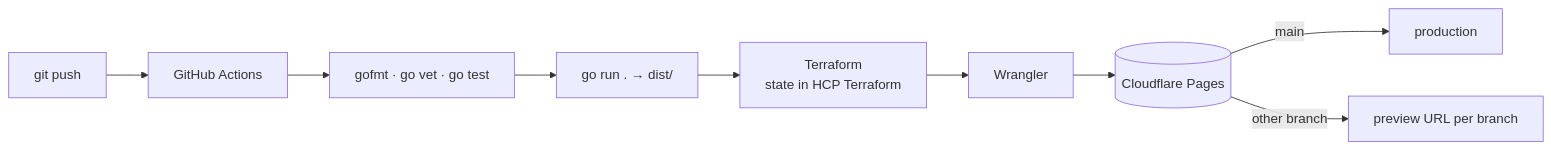
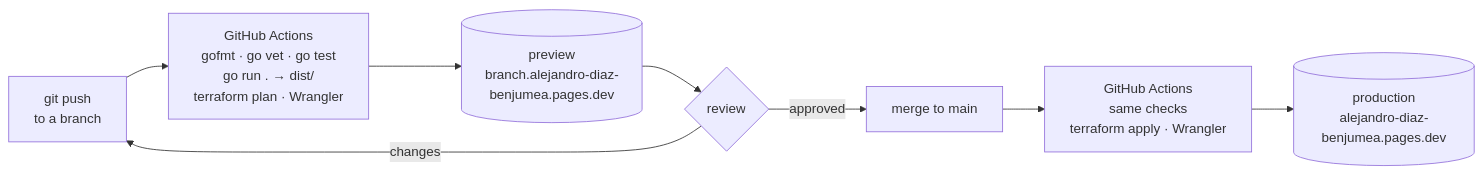
The diagram in README.md (AlexDBdevops/OminousEyeCV), drawn with Mermaid before and after one commit. The commit also changed other lines of this file and 4 other files, not shown here.

Commit message:
v3.2.1: README flow diagram with branch preview and review; patch versions for small changes

````diff
--- a/README.md
+++ b/README.md
@@ -14,11 +14,10 @@
 ```mermaid
 flowchart LR
-    dev[git push] --> gha[GitHub Actions]
-    gha --> q[gofmt · go vet · go test]
-    q --> build[go run . → dist/]
-    build --> tf[Terraform<br/>state in HCP Terraform]
-    tf --> wr[Wrangler]
-    wr --> cf[(Cloudflare Pages)]
-    cf -->|main| prod[production]
-    cf -->|other branch| prev[preview URL per branch]
+    push[git push<br/>to a branch] --> ci[GitHub Actions<br/>gofmt · go vet · go test<br/>go run . → dist/<br/>terraform plan · Wrangler]
+    ci --> prev[(preview<br/>branch.alejandro-diaz-benjumea.pages.dev)]
+    prev --> review{review}
+    review -->|changes| push
+    review -->|approved| merge[merge to main]
+    merge --> cd[GitHub Actions<br/>same checks<br/>terraform apply · Wrangler]
+    cd --> prod[(production<br/>alejandro-diaz-benjumea.pages.dev)]
 ```
````
